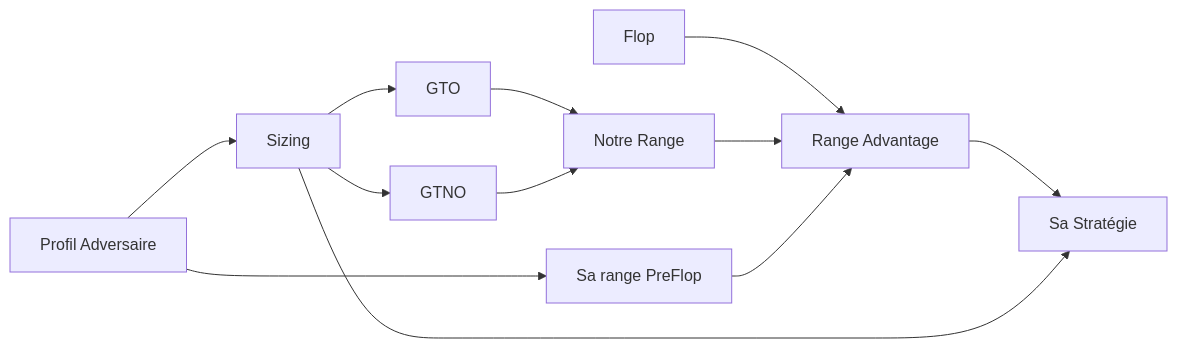
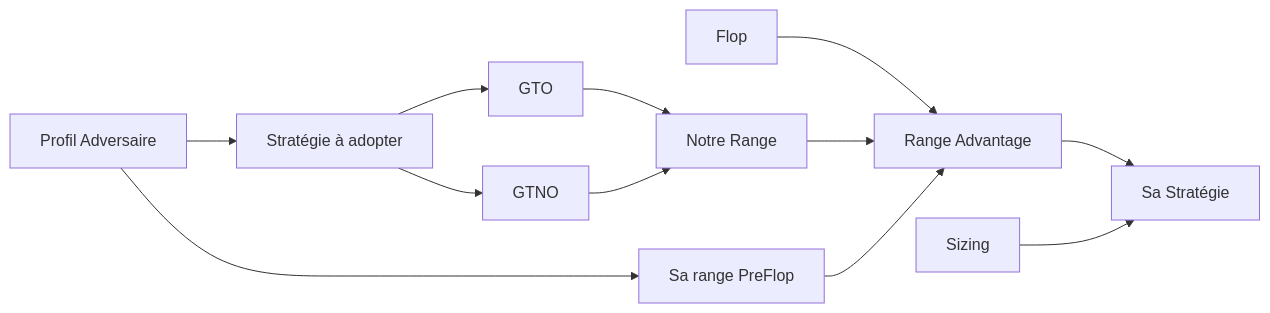
One commit to greglejeune/blog changed the diagram in _posts/2020-01-23-thinking-process.md. Above: the diagram before and after it, drawn with Mermaid.

```diff
--- a/_posts/2020-01-23-thinking-process.md
+++ b/_posts/2020-01-23-thinking-process.md
@@ -21,14 +21,14 @@
   <div class="mermaid">
     graph LR
       A[Profil Adversaire] --> S[Stratégie à adopter]
       S --> GTO
       S --> GTNO
       GTO --> N[Notre Range]
       GTNO --> N
       A --> R[Sa range PreFlop]
       Flop --> D[Range Advantage]
       N --> D
       R --> D
       D --> C[Sa Stratégie]
-      S[Sizing] --> C
+      Z[Sizing] --> C
   </div>
```
